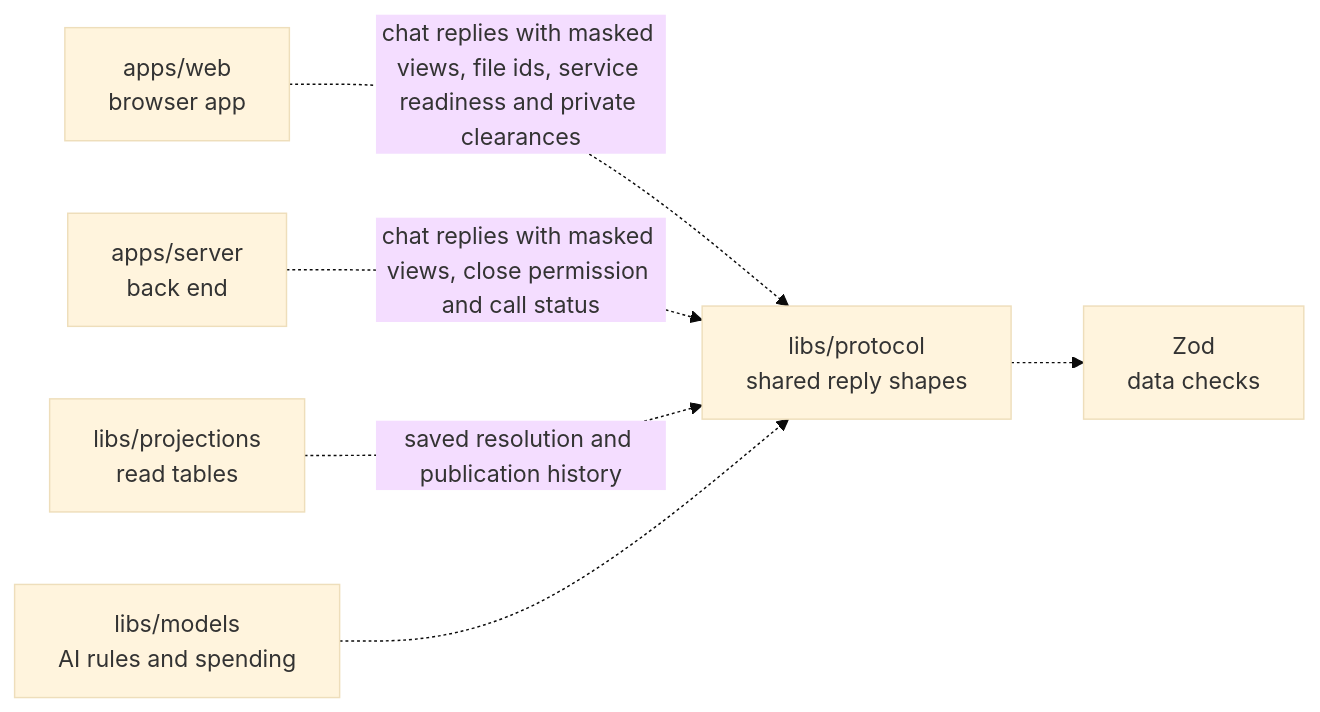
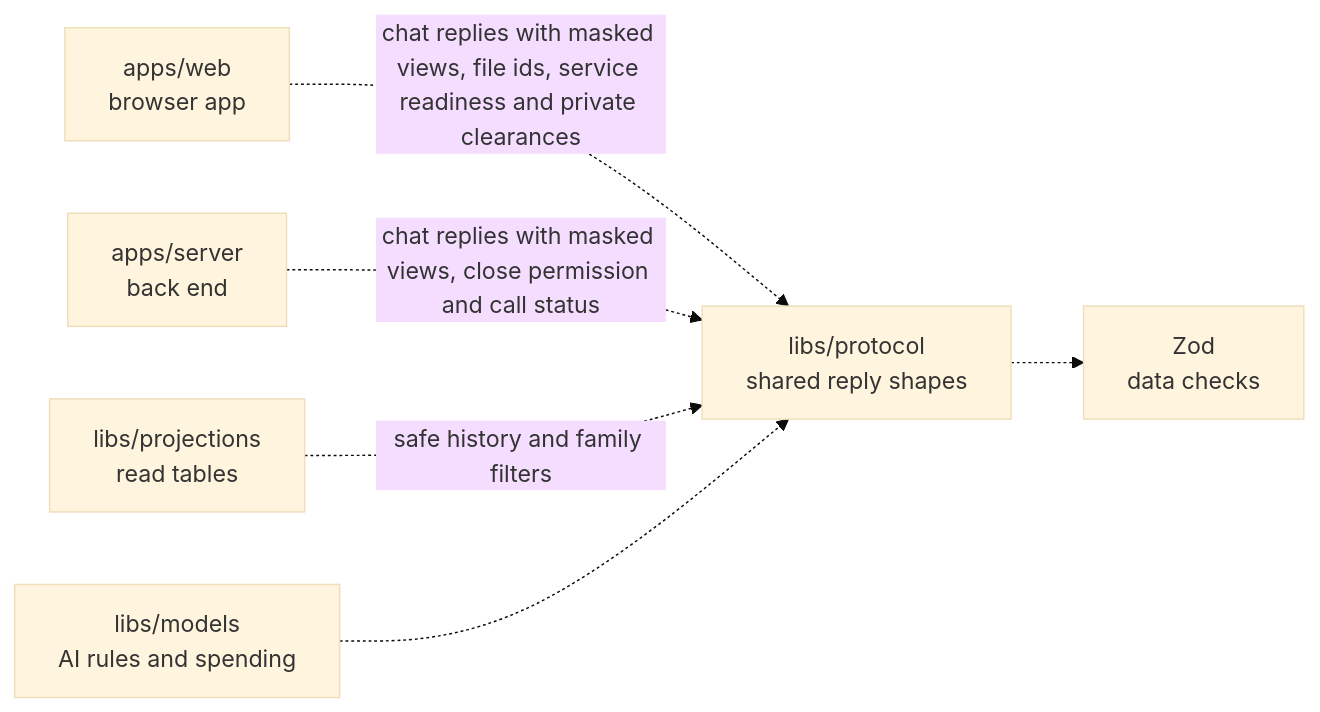
Before and after one commit to elewa-git/opencrane-new: the diagram in libs/protocol/README.md, drawn with Mermaid (base theme). The commit also changed other lines of this file and 17 other files, not shown here.

````diff
--- a/libs/protocol/README.md
+++ b/libs/protocol/README.md
@@ -47,8 +48,8 @@
 ```mermaid
 flowchart LR
   web["apps/web<br/>browser app"] -.->|chat replies with masked views, file ids, service readiness and private clearances| protocol["libs/protocol<br/>shared reply shapes"]
   server["apps/server<br/>back end"] -.->|chat replies with masked views, close permission and call status| protocol
-  projections["libs/projections<br/>read tables"] -.->|saved resolution and publication history| protocol
+  projections["libs/projections<br/>read tables"] -.->|safe history and family filters| protocol
   models["libs/models<br/>AI rules and spending"] -.-> protocol
   protocol -.-> zod["Zod<br/>data checks"]
 ```
````
